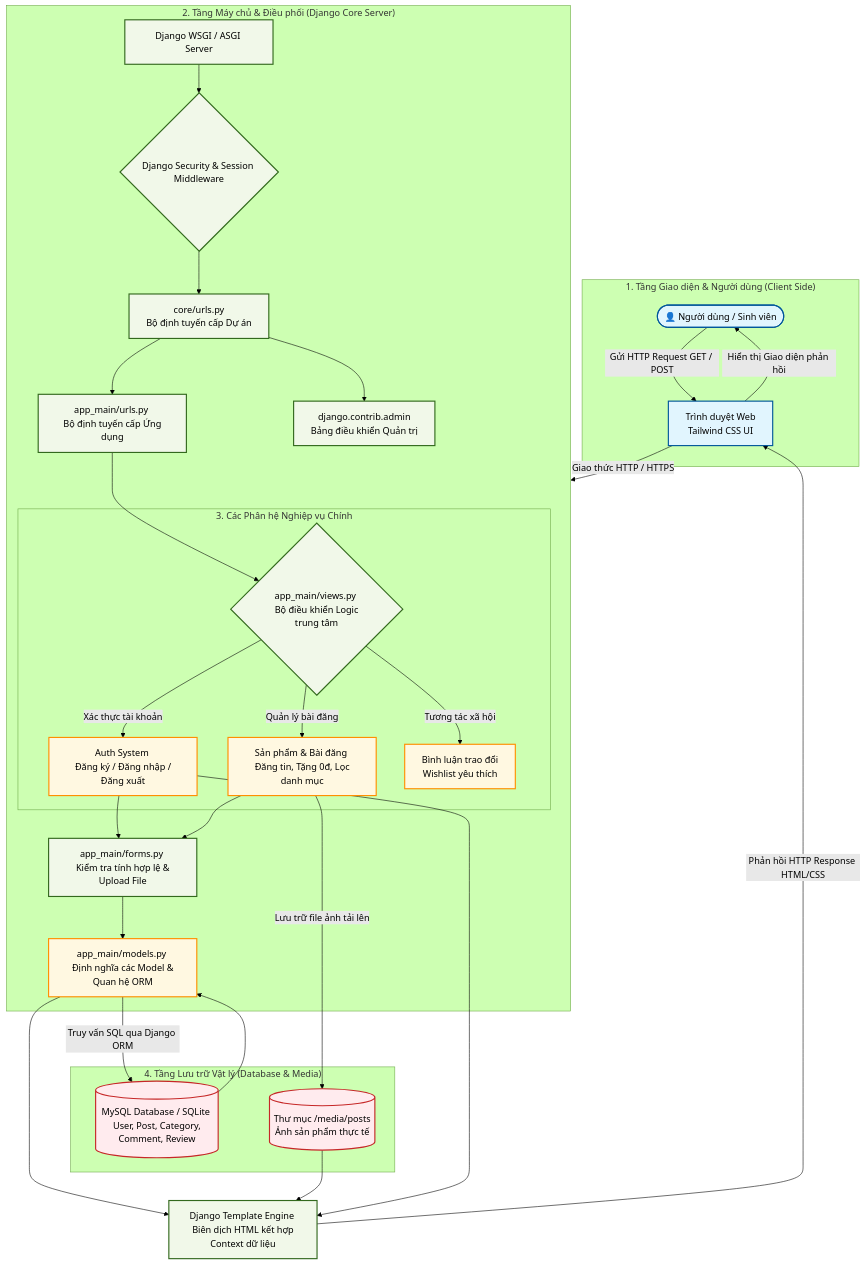
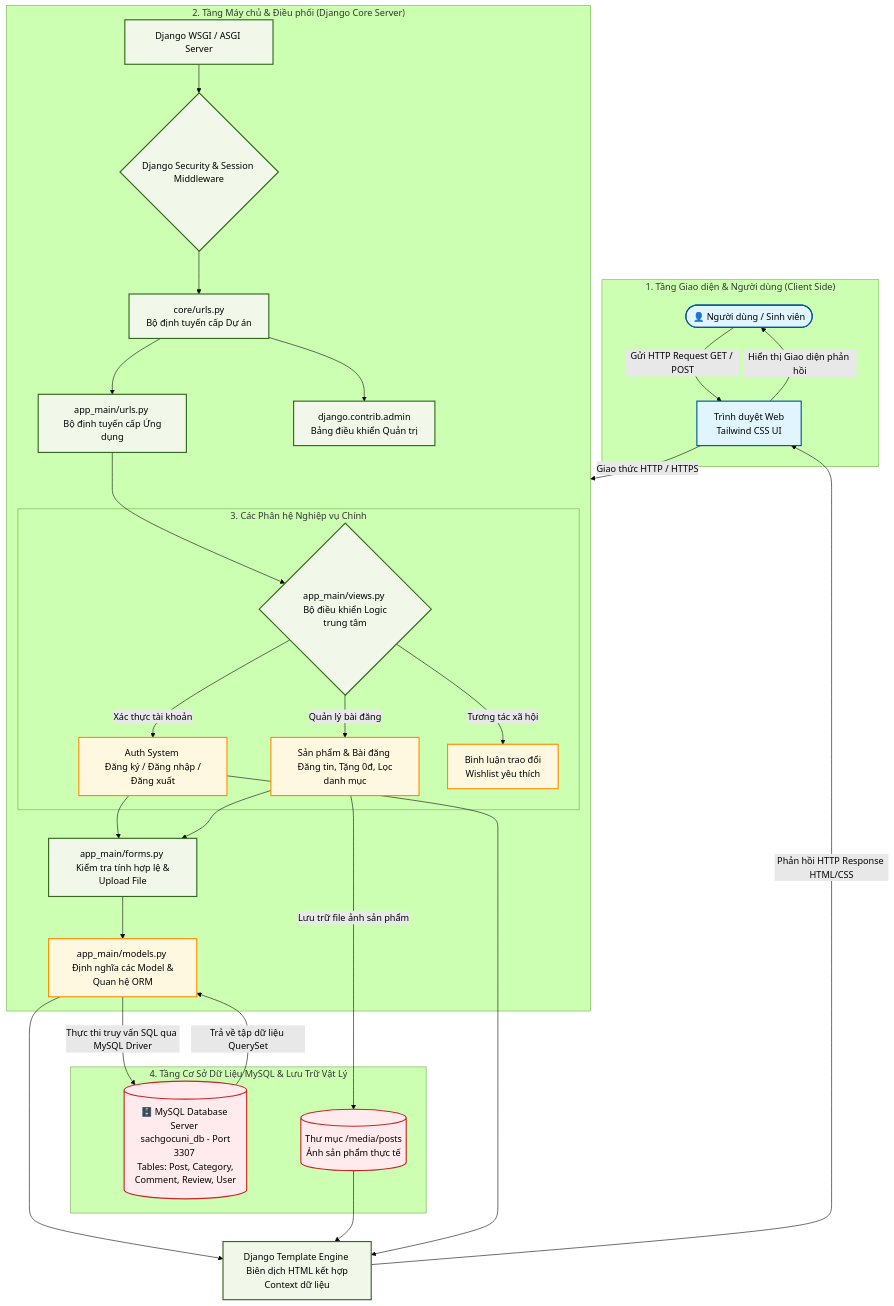
The first of 2 diagrams in README.md (24CT1-NGUYENVANHAO/congnghephanmen), drawn with Mermaid (forest theme) before and after one commit. The commit also changed other lines of this file and 4 other files, not shown here.

Commit message:
feat and docs: explicitly configure MySQL connection via PyMySQL, remove sqlite, and update diagrams

````diff
--- a/README.md
+++ b/README.md
@@ -19,62 +19,62 @@
 ```mermaid
 graph TD
     %% Tầng Giao diện người dùng
     subgraph Client_Layer ["1. Tầng Giao diện & Người dùng (Client Side)"]
         User([👤 Người dùng / Sinh viên]) -->|Gửi HTTP Request GET / POST| Browser[Trình duyệt Web <br> Tailwind CSS UI]
         Browser -->|Hiển thị Giao diện phản hồi| User
     end
 
     Browser -->|Giao thức HTTP / HTTPS| ServerCore
 
     %% Tầng Máy chủ & Điều hướng
     subgraph ServerCore ["2. Tầng Máy chủ & Điều phối (Django Core Server)"]
         Server[Django WSGI / ASGI Server] --> Middleware{Django Security & Session Middleware}
         
         Middleware --> RootURL[core/urls.py <br> Bộ định tuyến cấp Dự án]
         RootURL --> AppURL[app_main/urls.py <br> Bộ định tuyến cấp Ứng dụng]
         RootURL --> AdminURL[django.contrib.admin <br> Bảng điều khiển Quản trị]
         
         %% Tầng Điều khiển Logic (Views)
         AppURL --> Views{app_main/views.py <br> Bộ điều khiển Logic trung tâm}
         
         %% Phân nhánh các luồng nghiệp vụ thực tế
         subgraph Business_Modules ["3. Các Phân hệ Nghiệp vụ Chính"]
             Views -->|Xác thực tài khoản| AuthModule[Auth System <br> Đăng ký / Đăng nhập / Đăng xuất]
             Views -->|Quản lý bài đăng| PostModule[Sản phẩm & Bài đăng <br> Đăng tin, Tặng 0đ, Lọc danh mục]
             Views -->|Tương tác xã hội| SocialModule[Bình luận trao đổi <br> Wishlist yêu thích]
         end
         
         %% Tầng xử lý Form và Bảo mật dữ liệu
         AuthModule --> FormsCheck[app_main/forms.py <br> Kiểm tra tính hợp lệ & Upload File]
         PostModule --> FormsCheck
         
         %% Tầng Mô hình dữ liệu ORM
         FormsCheck --> ModelsMap[app_main/models.py <br> Định nghĩa các Model & Quan hệ ORM]
     end
 
     %% Tầng Lưu trữ Cơ sở dữ liệu vật lý
-    subgraph Storage_Layer ["4. Tầng Lưu trữ Vật lý (Database & Media)"]
-        ModelsMap -->|Truy vấn SQL qua Django ORM| DB[(MySQL Database / SQLite <br> User, Post, Category, Comment, Review)]
-        DB --> ModelsMap
+    subgraph Storage_Layer ["4. Tầng Cơ Sở Dữ Liệu MySQL & Lưu Trữ Vật Lý"]
+        ModelsMap -->|Thực thi truy vấn SQL qua MySQL Driver| MySQLDB[(🗄️ MySQL Database Server <br> sachgocuni_db - Port 3307 <br> Tables: Post, Category, Comment, Review, User)]
+        MySQLDB -->|Trả về tập dữ liệu QuerySet| ModelsMap
         
-        PostModule -->|Lưu trữ file ảnh tải lên| MediaFolder[(Thư mục /media/posts <br> Ảnh sản phẩm thực tế)]
+        PostModule -->|Lưu trữ file ảnh sản phẩm| MediaFolder[(Thư mục /media/posts <br> Ảnh sản phẩm thực tế)]
     end
 
     %% Tầng tổng hợp dữ liệu trả về giao diện
     ModelsMap --> TemplateEngine[Django Template Engine <br> Biên dịch HTML kết hợp Context dữ liệu]
     MediaFolder --> TemplateEngine
     AuthModule --> TemplateEngine
 
     TemplateEngine -->|Phản hồi HTTP Response HTML/CSS| Browser
 
     %% Định nghĩa màu sắc sinh động
     classDef client fill:#e1f5fe,stroke:#01579b,stroke-width:2px;
     classDef server fill:#f1f8e9,stroke:#33691e,stroke-width:2px;
     classDef logic fill:#fff8e1,stroke:#ff8f00,stroke-width:2px;
     classDef db fill:#ffebee,stroke:#c62828,stroke-width:2px;
 
     class User,Browser client;
     class Server,Middleware,RootURL,AppURL,AdminURL,Views,FormsCheck,TemplateEngine server;
     class AuthModule,PostModule,SocialModule,ModelsMap logic;
-    class DB,MediaFolder db;
+    class MySQLDB,MediaFolder db;
 ```
````
